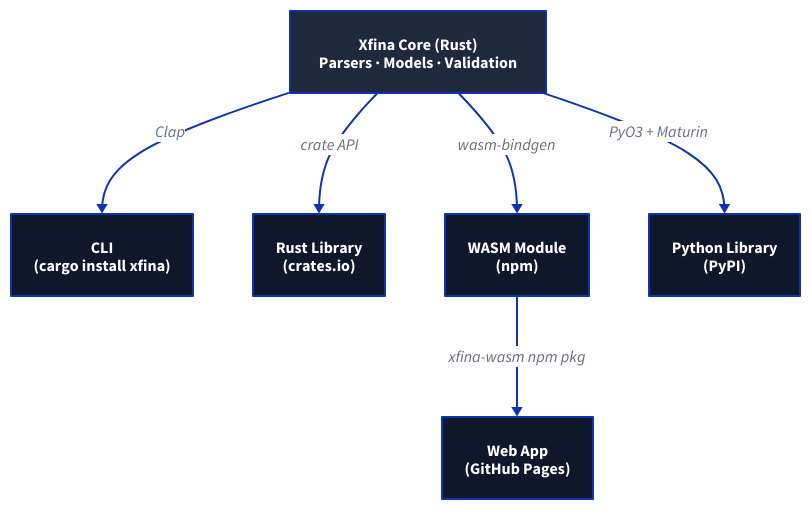
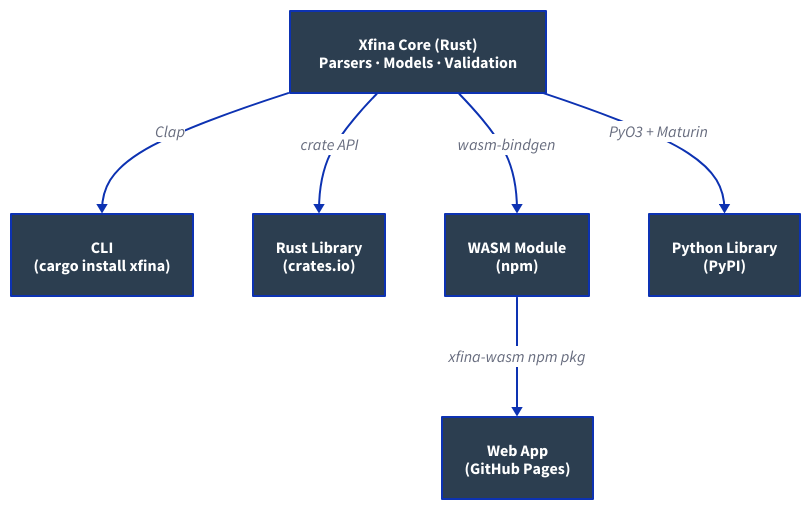
One commit to sakthipriyan/sakthipriyan.github.io changed the diagram in content/building-systems/blogs/2026/xfina-full-setup-end-to-end.md. Above: the diagram before and after it, drawn with D2.

Commit message:
style: update D2 diagram nodes to use theme primary color

````diff
--- a/content/building-systems/blogs/2026/xfina-full-setup-end-to-end.md
+++ b/content/building-systems/blogs/2026/xfina-full-setup-end-to-end.md
@@ -59,38 +59,38 @@
 ```d2
 core: Xfina Core {
-  style.fill: "#1e293b"
+  style.fill: "#2c3e50"
   style.font-color: white
   label: "Xfina Core (Rust)\nParsers · Models · Validation"
 }
 
 cli: CLI\n(cargo install xfina) {
-  style.fill: "#0f172a"
+  style.fill: "#2c3e50"
   style.font-color: white
 }
 
 rustlib: Rust Library\n(crates.io) {
-  style.fill: "#0f172a"
+  style.fill: "#2c3e50"
   style.font-color: white
 }
 
 wasm: WASM Module\n(npm) {
-  style.fill: "#0f172a"
+  style.fill: "#2c3e50"
   style.font-color: white
 }
 
 pylib: Python Library\n(PyPI) {
-  style.fill: "#0f172a"
+  style.fill: "#2c3e50"
   style.font-color: white
 }
 
 webapp: Web App\n(GitHub Pages) {
-  style.fill: "#0f172a"
+  style.fill: "#2c3e50"
   style.font-color: white
 }
 
 core -> cli: Clap
 core -> rustlib: crate API
 core -> wasm: wasm-bindgen
 core -> pylib: PyO3 + Maturin
 wasm -> webapp: xfina-wasm npm pkg
 ```
````
